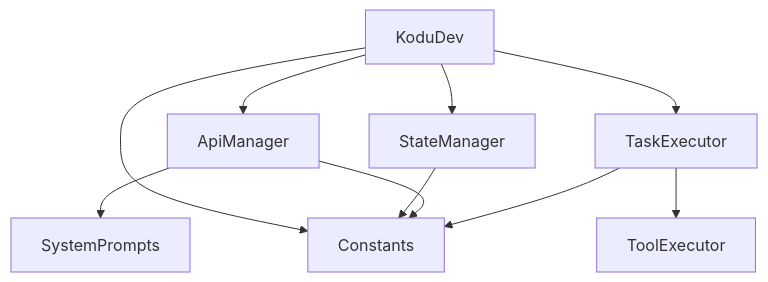
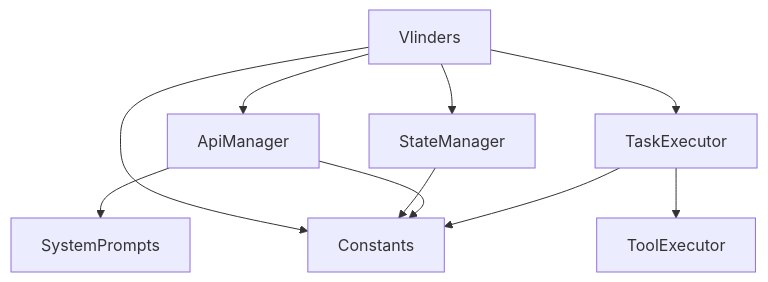
Before and after one commit to QuickerStudio/Vlinder3: the first of 2 diagrams in flow/diagrams.md, drawn with Mermaid. The commit also changed other lines of this file and 117 other files, not shown here.

````diff
--- a/flow/diagrams.md
+++ b/flow/diagrams.md
@@ -9,12 +9,12 @@
 ```mermaid
 graph TB
-    KoduDev --> ApiManager
-    KoduDev --> StateManager
-    KoduDev --> TaskExecutor
+    Vlinders --> ApiManager
+    Vlinders --> StateManager
+    Vlinders --> TaskExecutor
     TaskExecutor --> ToolExecutor
     ApiManager --> SystemPrompts
-    KoduDev --> Constants
+    Vlinders --> Constants
     StateManager --> Constants
     ApiManager --> Constants
     TaskExecutor --> Constants
 ```
````
